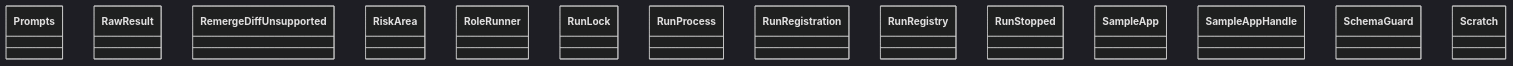
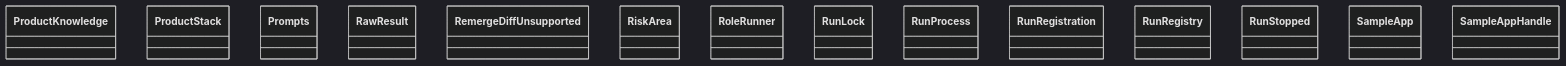
Before and after one commit to GonzaloZevallos/agentic-system: the diagram in docs/architecture/generated/classes-process-application-support-5.md, drawn with Mermaid (dark theme). The commit also changed other lines of this file and 12 other files, not shown here.

Commit message:
Place the format_issue module in the support cluster and regenerate the class diagrams

````diff
--- a/docs/architecture/generated/classes-process-application-support-5.md
+++ b/docs/architecture/generated/classes-process-application-support-5.md
@@ -20,17 +20,17 @@
 ```mermaid
 classDiagram
+    class ports__ProductKnowledge["ProductKnowledge"]
+    class ports__ProductStack["ProductStack"]
     class ports__Prompts["Prompts"]
     class ports__RawResult["RawResult"]
     class ports__RemergeDiffUnsupported["RemergeDiffUnsupported"]
     class ports__RiskArea["RiskArea"]
     class ports__RoleRunner["RoleRunner"]
     class ports__RunLock["RunLock"]
     class ports__RunProcess["RunProcess"]
     class ports__RunRegistration["RunRegistration"]
     class ports__RunRegistry["RunRegistry"]
     class ports__RunStopped["RunStopped"]
     class ports__SampleApp["SampleApp"]
     class ports__SampleAppHandle["SampleAppHandle"]
-    class ports__SchemaGuard["SchemaGuard"]
-    class ports__Scratch["Scratch"]
 ```
````
